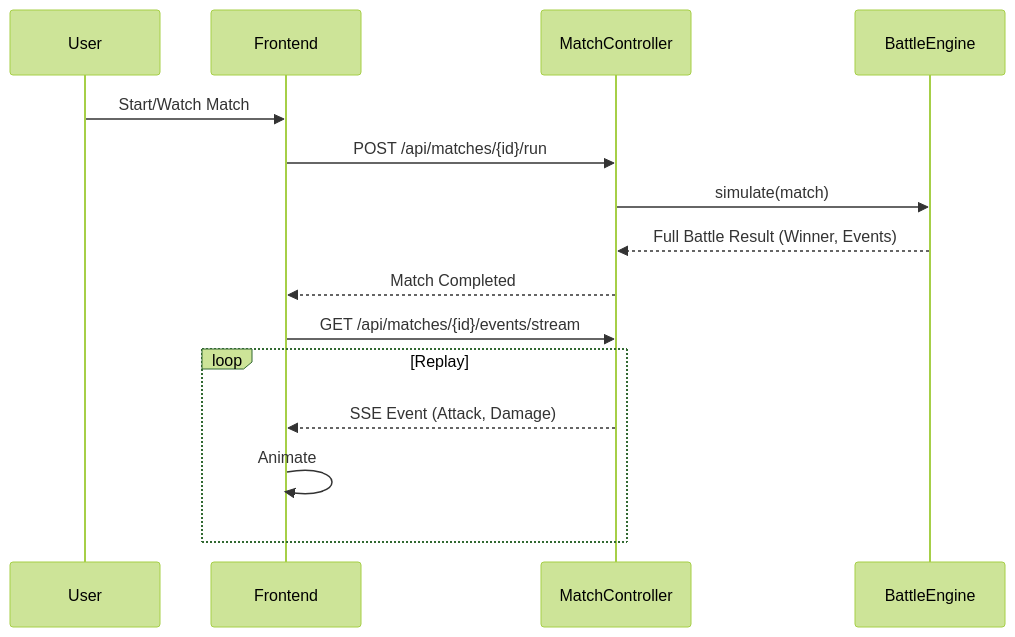
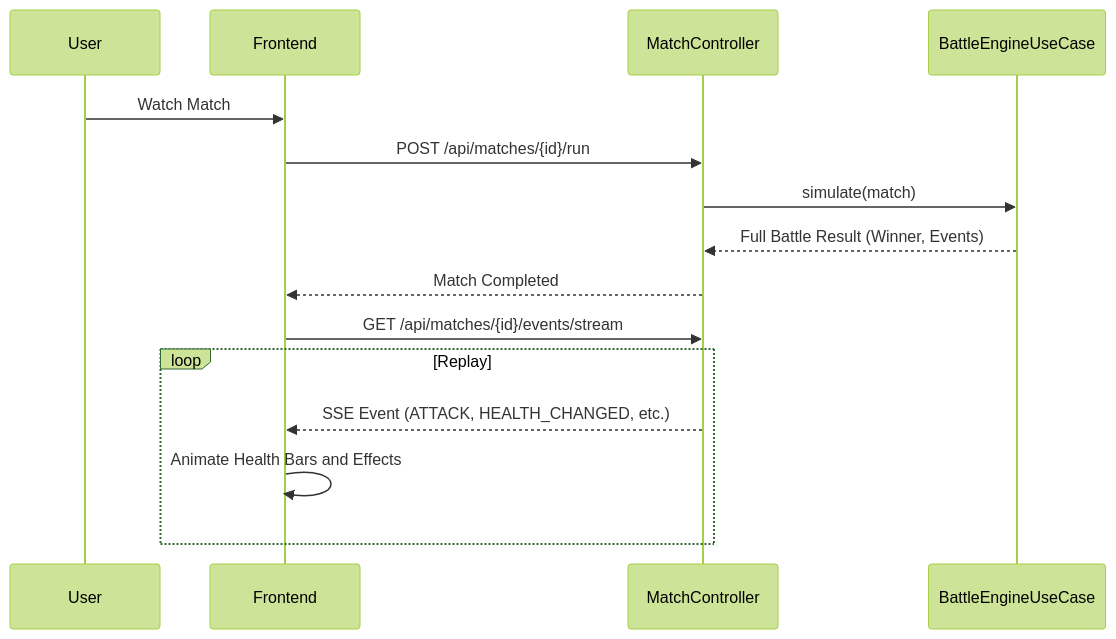
Before and after one commit to anyulled/superhero-battle-arena: the fifth of 6 diagrams in README.md, drawn with Mermaid (forest theme). The commit also changed other lines of this file, not shown here.

Commit message:
docs: Update README with squad submission phase, detailed battle flow, refined domain model, and new command-line tools.

````diff
--- a/README.md
+++ b/README.md
@@ -152,19 +169,19 @@
 ```mermaid
 sequenceDiagram
     participant U as User
     participant F as Frontend
     participant MC as MatchController
-    participant E as BattleEngine
+    participant E as BattleEngineUseCase
 
-    U->>F: Start/Watch Match
+    U->>F: Watch Match
     F->>MC: POST /api/matches/{id}/run
     MC->>E: simulate(match)
     E-->>MC: Full Battle Result (Winner, Events)
     MC-->>F: Match Completed
     
     F->>MC: GET /api/matches/{id}/events/stream
     loop Replay
-        MC-->>F: SSE Event (Attack, Damage)
-        F->>F: Animate
+        MC-->>F: SSE Event (ATTACK, HEALTH_CHANGED, etc.)
+        F->>F: Animate Health Bars and Effects
     end
 ```
````
